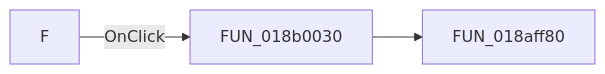
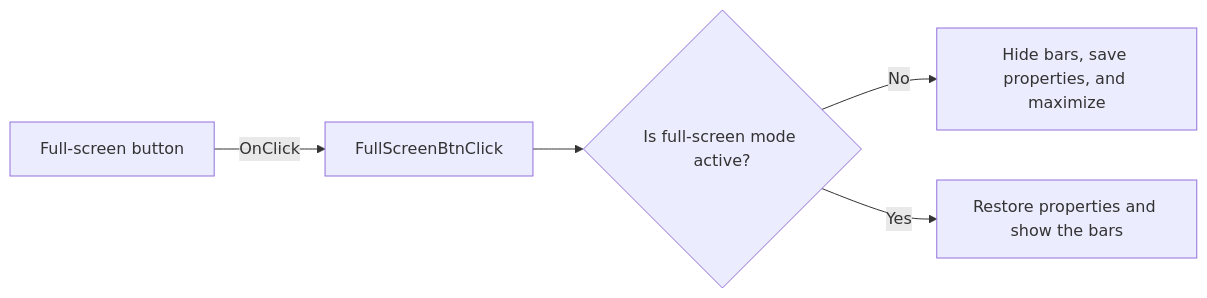
The diagram in docs/ui-controls/frxpreviewform/fullscreenbtn-2dba7600ab.md (MovGP0/TIARA), drawn with Mermaid before and after one commit. The commit also changed other lines of this file and 387 other files, not shown here.

````diff
--- a/docs/ui-controls/frxpreviewform/fullscreenbtn-2dba7600ab.md
+++ b/docs/ui-controls/frxpreviewform/fullscreenbtn-2dba7600ab.md
@@ -27,5 +27,7 @@
 ```mermaid
 flowchart LR
-    control["F"] -->|OnClick| handler["FUN_018b0030"]
-    handler --> call1["FUN_018aff80"]
+    control["Full-screen button"] -->|OnClick| handler["FullScreenBtnClick"]
+    handler --> state{"Is full-screen mode active?"}
+    state -->|No| enter["Hide bars, save properties, and maximize"]
+    state -->|Yes| exit["Restore properties and show the bars"]
 ```
````
